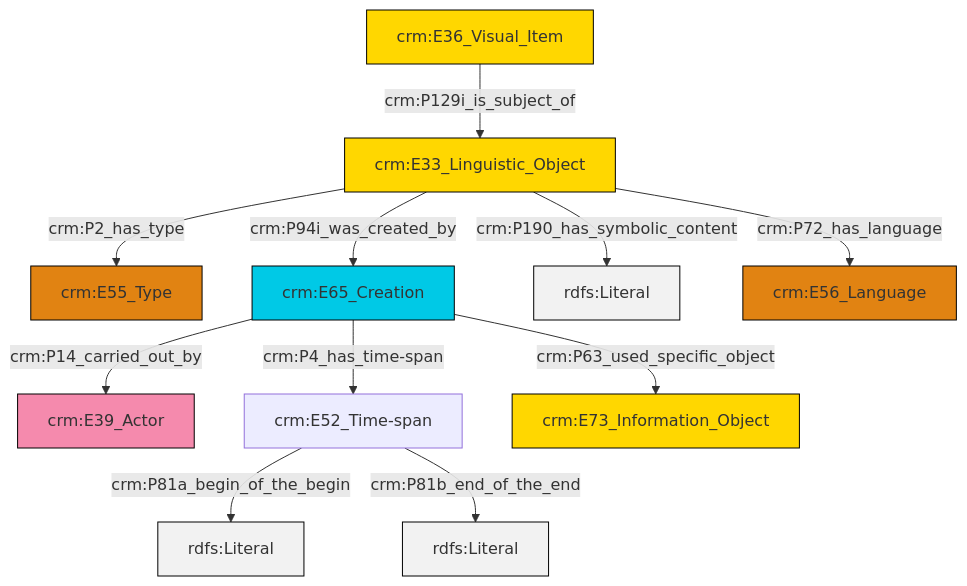
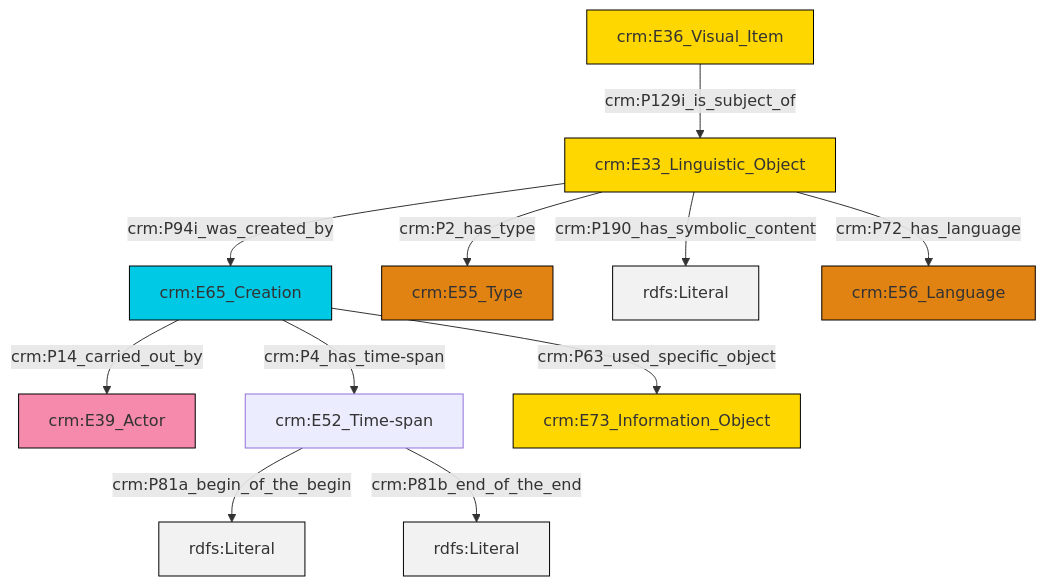
Before and after one commit to swiss-art-research-net/docs.swissartresearch: the diagram in et/imgCSV/ttl/mmd/img_desc.ttl.mmd, drawn with Mermaid. The commit also changed 179 other files, not shown here.

```diff
--- a/et/imgCSV/ttl/mmd/img_desc.ttl.mmd
+++ b/et/imgCSV/ttl/mmd/img_desc.ttl.mmd
@@ -1,25 +1,25 @@
 graph TD
 classDef Literal fill:#f2f2f2,stroke:#000000;
 classDef CRM_Entity fill:#FFFFFF,stroke:#000000;
 classDef Temporal_Entity fill:#00C9E6, stroke:#000000;
 classDef Type fill:#E18312, stroke:#000000;
 classDef Time-Span fill:#2C9C91, stroke:#000000;
 classDef Appellation fill:#FFEB7F, stroke:#000000;
 classDef Place fill:#008836, stroke:#000000;
 classDef Persistent_Item fill:#B266B2, stroke:#000000;
 classDef Conceptual_Object fill:#FFD700, stroke:#000000;
 classDef Physical_Thing fill:#D2B48C, stroke:#000000;
 classDef Actor fill:#f58aad, stroke:#000000;
 classDef PC_Classes fill:#4ce600, stroke:#000000;
 classDef Multi fill:#cccccc,stroke:#000000;
 
-0["crm:E36_Visual_Item"]:::Conceptual_Object -->|crm:P129i_is_subject_of| 1["crm:E33_Linguistic_Object"]:::Conceptual_Object
-1["crm:E33_Linguistic_Object"]:::Conceptual_Object -->|crm:P2_has_type| 2["crm:E55_Type"]:::Type
-7["crm:E65_Creation"]:::Temporal_Entity -->|crm:P4_has_time-span| 5["crm:E52_Time-span"]:::Default
-5["crm:E52_Time-span"]:::Default -->|crm:P81a_begin_of_the_begin| 8[rdfs:Literal]:::Literal
-7["crm:E65_Creation"]:::Temporal_Entity -->|crm:P14_carried_out_by| 3["crm:E39_Actor"]:::Actor
-5["crm:E52_Time-span"]:::Default -->|crm:P81b_end_of_the_end| 10[rdfs:Literal]:::Literal
-1["crm:E33_Linguistic_Object"]:::Conceptual_Object -->|crm:P94i_was_created_by| 7["crm:E65_Creation"]:::Temporal_Entity
-7["crm:E65_Creation"]:::Temporal_Entity -->|crm:P63_used_specific_object| 11["crm:E73_Information_Object"]:::Conceptual_Object
-1["crm:E33_Linguistic_Object"]:::Conceptual_Object -->|crm:P190_has_symbolic_content| 12[rdfs:Literal]:::Literal
-1["crm:E33_Linguistic_Object"]:::Conceptual_Object -->|crm:P72_has_language| 16["crm:E56_Language"]:::Type
+0["crm:E33_Linguistic_Object"]:::Conceptual_Object -->|crm:P94i_was_created_by| 1["crm:E65_Creation"]:::Temporal_Entity
+0["crm:E33_Linguistic_Object"]:::Conceptual_Object -->|crm:P2_has_type| 4["crm:E55_Type"]:::Type
+0["crm:E33_Linguistic_Object"]:::Conceptual_Object -->|crm:P190_has_symbolic_content| 5[rdfs:Literal]:::Literal
+6["crm:E52_Time-span"]:::Default -->|crm:P81a_begin_of_the_begin| 7[rdfs:Literal]:::Literal
+6["crm:E52_Time-span"]:::Default -->|crm:P81b_end_of_the_end| 9[rdfs:Literal]:::Literal
+1["crm:E65_Creation"]:::Temporal_Entity -->|crm:P14_carried_out_by| 2["crm:E39_Actor"]:::Actor
+15["crm:E36_Visual_Item"]:::Conceptual_Object -->|crm:P129i_is_subject_of| 0["crm:E33_Linguistic_Object"]:::Conceptual_Object
+0["crm:E33_Linguistic_Object"]:::Conceptual_Object -->|crm:P72_has_language| 13["crm:E56_Language"]:::Type
+1["crm:E65_Creation"]:::Temporal_Entity -->|crm:P63_used_specific_object| 10["crm:E73_Information_Object"]:::Conceptual_Object
+1["crm:E65_Creation"]:::Temporal_Entity -->|crm:P4_has_time-span| 6["crm:E52_Time-span"]:::Default
```
